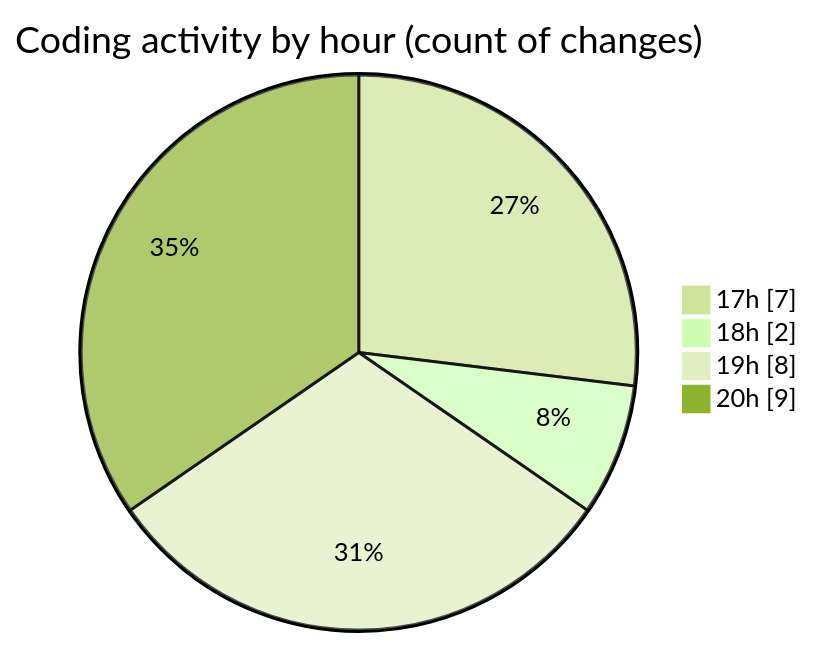
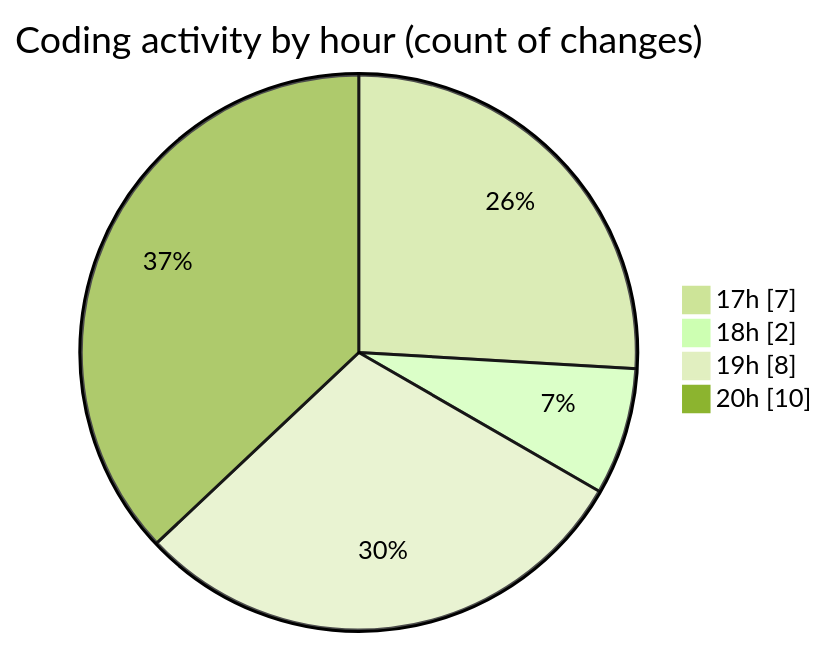
One commit to MatusMokan/code-tracking changed the second of 2 diagrams in 2025-01-12/myws__workspace_/README.md. Above: the diagram before and after it, drawn with Mermaid (forest theme). The commit also changed other lines of this file and 1 other file, not shown here.

````diff
--- a/2025-01-12/myws__workspace_/README.md
+++ b/2025-01-12/myws__workspace_/README.md
@@ -29,8 +29,8 @@
 ```mermaid
 pie showData
 title Coding activity by hour (count of changes)
 "17h" : 7
 "18h" : 2
 "19h" : 8
-"20h" : 9
+"20h" : 10
 ```
````
